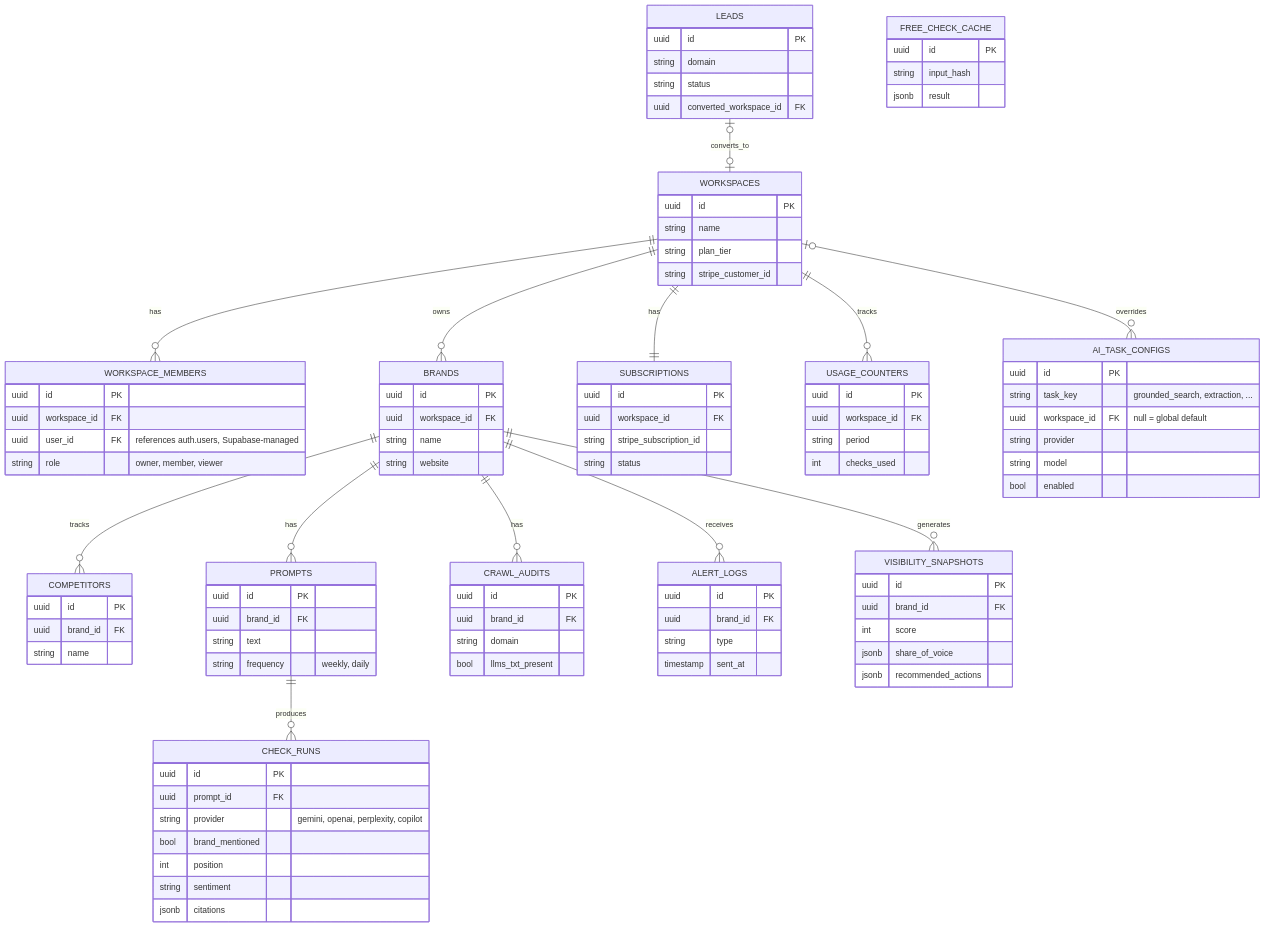
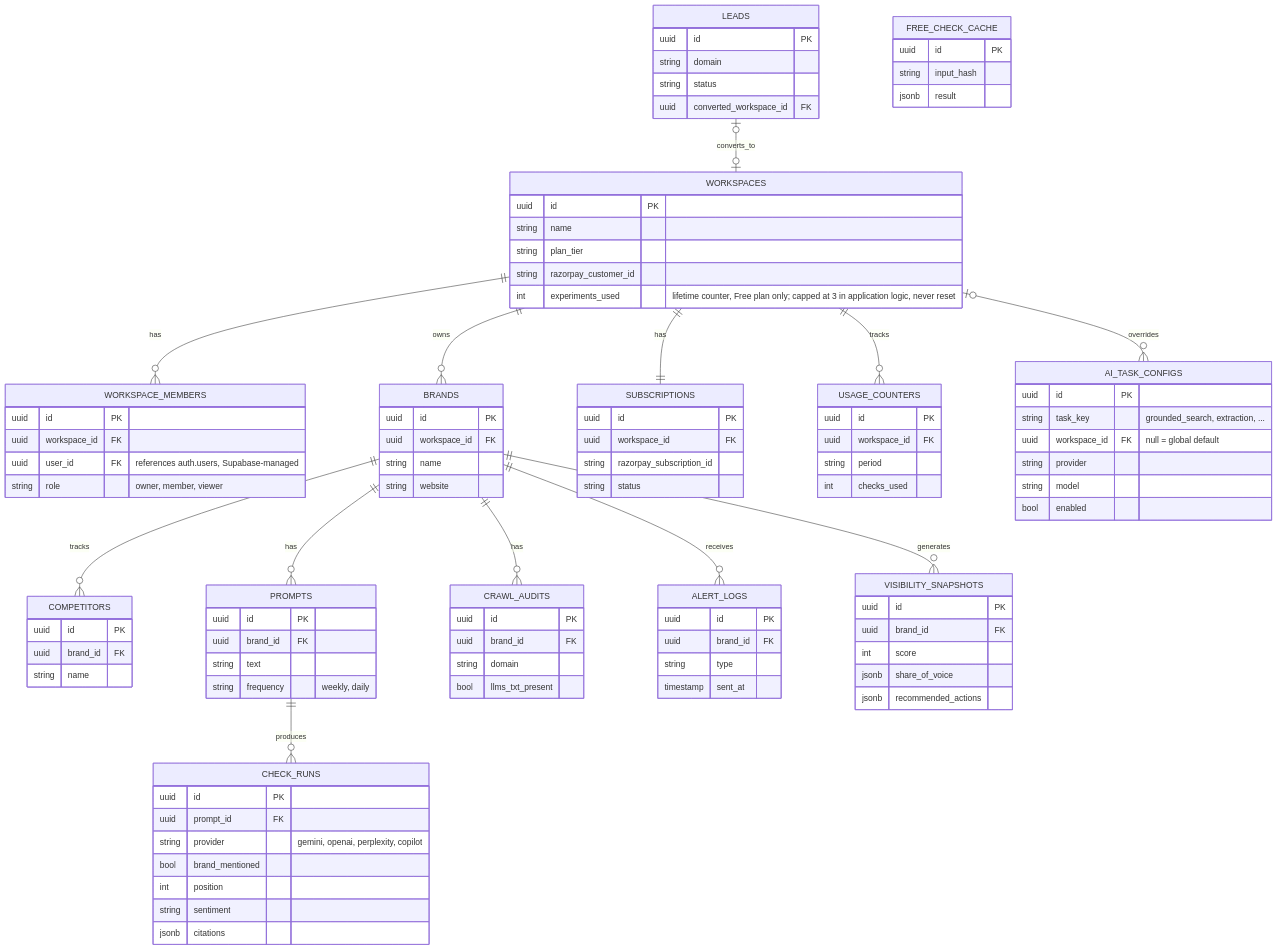
One commit to itssadnan/AEO changed the diagram in docs/architecture/entity-relationship-diagram.md. Above: the diagram before and after it, drawn with Mermaid. The commit also changed other lines of this file and 42 other files, not shown here.

```diff
--- a/docs/architecture/entity-relationship-diagram.md
+++ b/docs/architecture/entity-relationship-diagram.md
@@ -23,7 +23,8 @@
     uuid id PK
     string name
     string plan_tier
-    string stripe_customer_id
+    string razorpay_customer_id
+    int experiments_used "lifetime counter, Free plan only; capped at 3 in application logic, never reset"
   }
   WORKSPACE_MEMBERS {
     uuid id PK
@@ -79,7 +80,7 @@
   SUBSCRIPTIONS {
     uuid id PK
     uuid workspace_id FK
-    string stripe_subscription_id
+    string razorpay_subscription_id
     string status
   }
   USAGE_COUNTERS {
```
